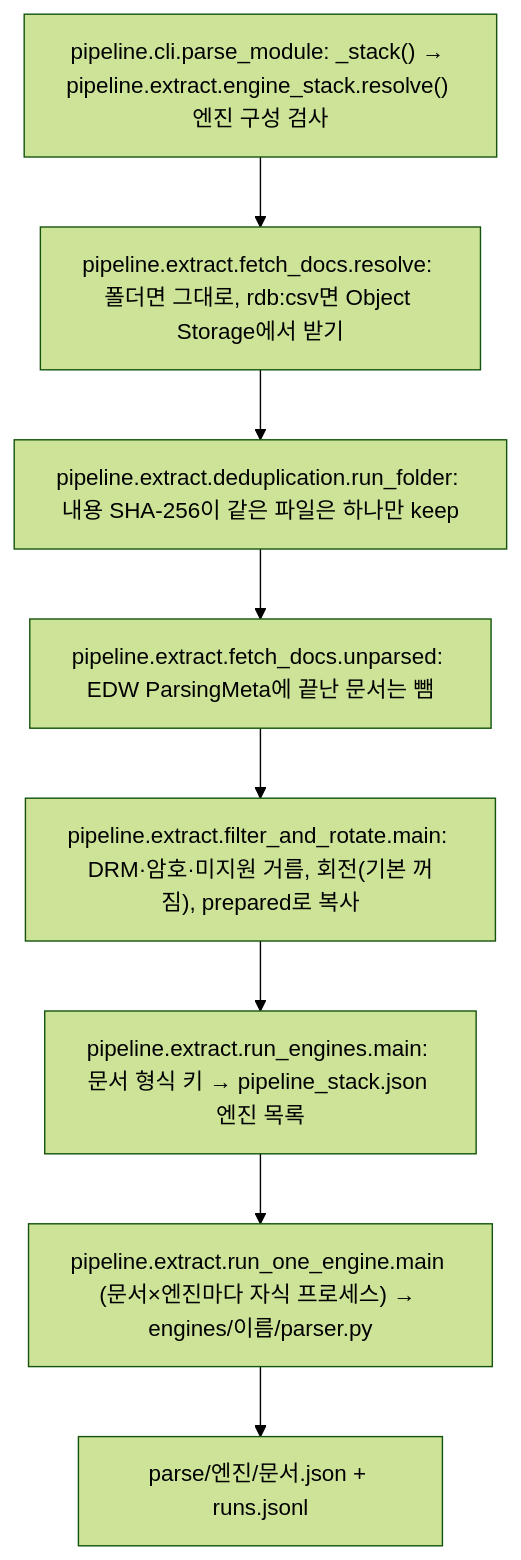
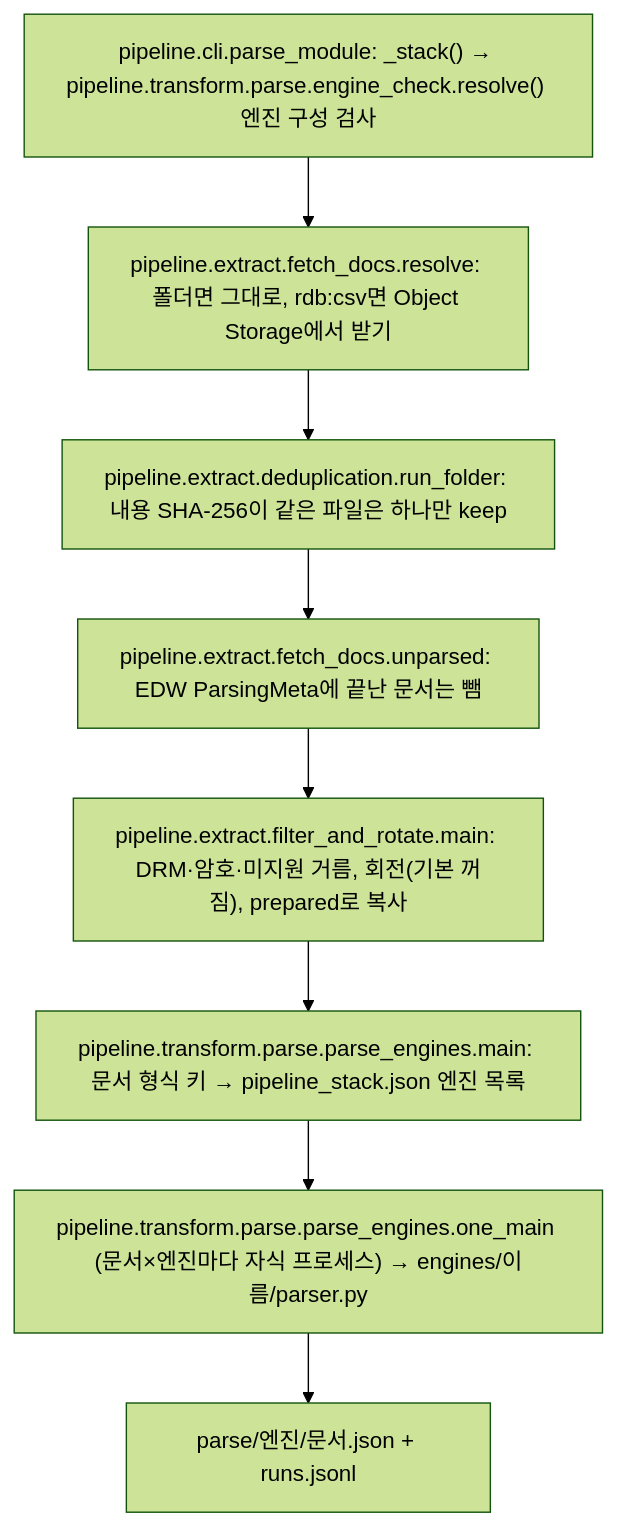
One commit to gigasamba/sbl_data_parsing changed the fourth of 11 diagrams in docs/architecture/parse_flow.md. Above: the diagram before and after it, drawn with Mermaid (forest theme). The commit also changed other lines of this file and 87 other files, not shown here.

````diff
--- a/docs/architecture/parse_flow.md
+++ b/docs/architecture/parse_flow.md
@@ -163,12 +163,12 @@
 ```mermaid
 flowchart TD
-    S0["pipeline.cli.parse_module: _stack() → pipeline.extract.engine_stack.resolve() 엔진 구성 검사"]
+    S0["pipeline.cli.parse_module: _stack() → pipeline.transform.parse.engine_check.resolve() 엔진 구성 검사"]
     S1["pipeline.extract.fetch_docs.resolve: 폴더면 그대로, rdb:csv면 Object Storage에서 받기"]
     S2["pipeline.extract.deduplication.run_folder: 내용 SHA-256이 같은 파일은 하나만 keep"]
     S3["pipeline.extract.fetch_docs.unparsed: EDW ParsingMeta에 끝난 문서는 뺌"]
     S4["pipeline.extract.filter_and_rotate.main: DRM·암호·미지원 거름, 회전(기본 꺼짐), prepared로 복사"]
-    S5["pipeline.extract.run_engines.main: 문서 형식 키 → pipeline_stack.json 엔진 목록"]
-    S6["pipeline.extract.run_one_engine.main (문서×엔진마다 자식 프로세스) → engines/이름/parser.py"]
+    S5["pipeline.transform.parse.parse_engines.main: 문서 형식 키 → pipeline_stack.json 엔진 목록"]
+    S6["pipeline.transform.parse.parse_engines.one_main (문서×엔진마다 자식 프로세스) → engines/이름/parser.py"]
     S7["parse/엔진/문서.json + runs.jsonl"]
     S0 --> S1 --> S2 --> S3 --> S4 --> S5 --> S6 --> S7
 ```
````
